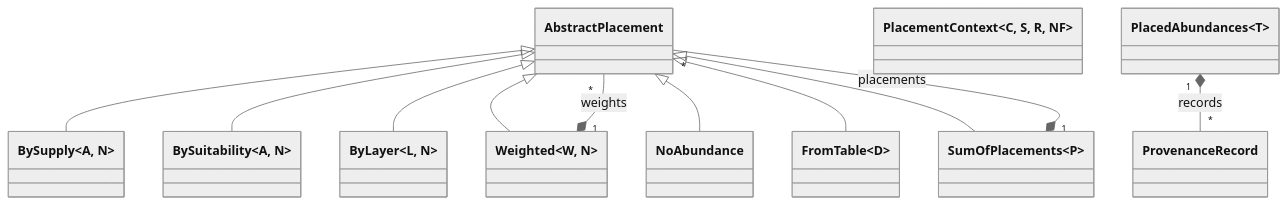
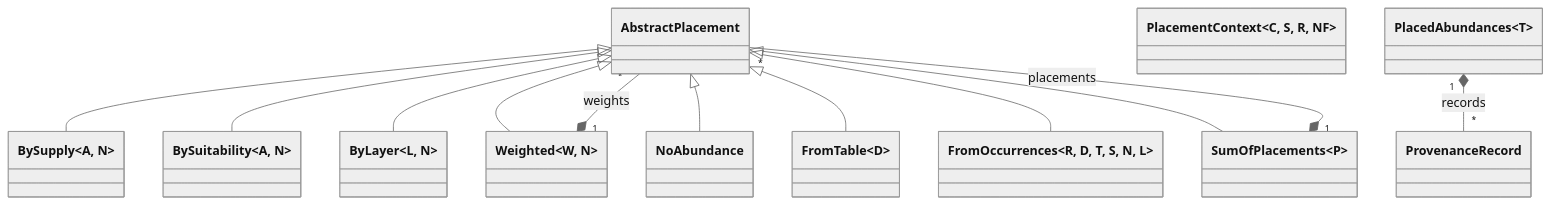
Diagram 17 of 28 in data/architecture.md (EcoJulia/EcoSISTEM.jl), drawn with Mermaid (neutral theme) before and after one commit. The commit also changed other lines of this file and 8 other files, not shown here.

Commit message:
Add `FromOccurrences(records)`, a placement reading occurrence records: one individual a record by default, `per_record` or `total` spread over the records in proportion to them, or a `do` block making its own table. Optionally dated.

````diff
--- a/data/architecture.md
+++ b/data/architecture.md
@@ -949,22 +949,24 @@
 ```mermaid
 classDiagram
     class AbstractPlacement
     class BySupply~A, N~
     class BySuitability~A, N~
     class ByLayer~L, N~
     class Weighted~W, N~
     class FromTable~D~
+    class FromOccurrences~R, D, T, S, N, L~
     class SumOfPlacements~P~
     class PlacementContext~C, S, R, NF~
     class PlacedAbundances~T~
     AbstractPlacement <|-- BySupply
     AbstractPlacement <|-- BySuitability
     AbstractPlacement <|-- ByLayer
     AbstractPlacement <|-- Weighted
     AbstractPlacement <|-- NoAbundance
     AbstractPlacement <|-- FromTable
+    AbstractPlacement <|-- FromOccurrences
     AbstractPlacement <|-- SumOfPlacements
     Weighted "1" *-- "*" AbstractPlacement : weights
     SumOfPlacements "1" *-- "*" AbstractPlacement : placements
     PlacedAbundances "1" *-- "*" ProvenanceRecord : records
 ```
````
